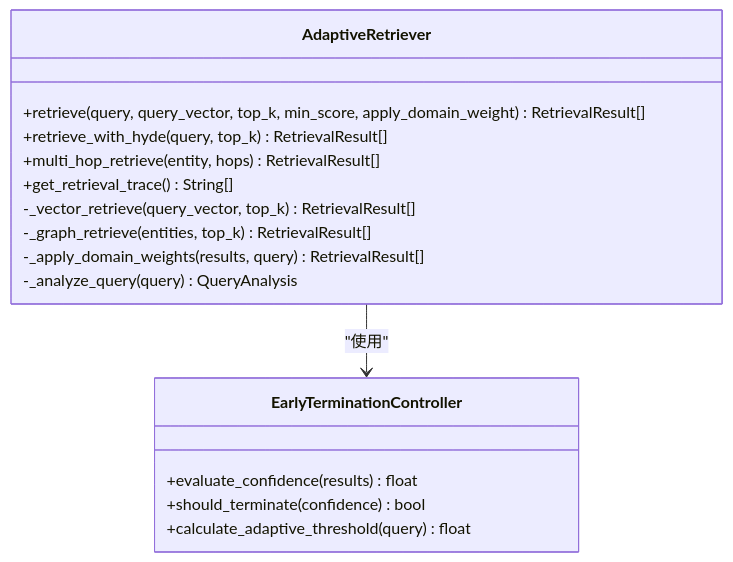
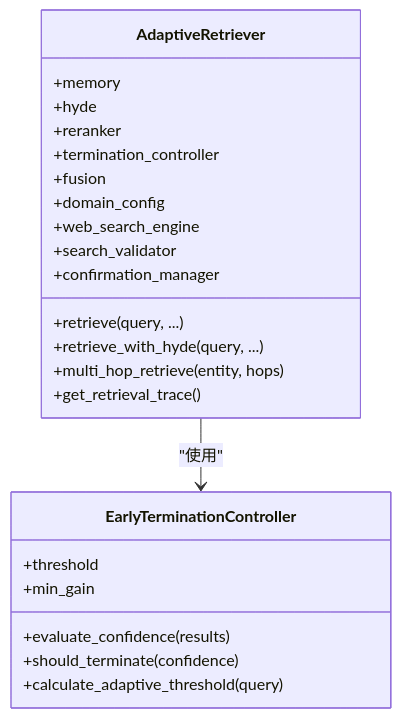
The third of 10 diagrams in .qoder/repowiki/zh/content/检索引擎模块/检索引擎模块.md (JieGaoPrinceton/NecoRAG), drawn with Mermaid before and after one commit. The commit also changed other lines of this file and 181 other files, not shown here.

````diff
--- a/.qoder/repowiki/zh/content/检索引擎模块/检索引擎模块.md
+++ b/.qoder/repowiki/zh/content/检索引擎模块/检索引擎模块.md
@@ -183,19 +159,26 @@
 ```mermaid
 classDiagram
 class AdaptiveRetriever {
-+retrieve(query, query_vector, top_k, min_score, apply_domain_weight) RetrievalResult[]
-+retrieve_with_hyde(query, top_k) RetrievalResult[]
-+multi_hop_retrieve(entity, hops) RetrievalResult[]
-+get_retrieval_trace() String[]
--_vector_retrieve(query_vector, top_k) RetrievalResult[]
--_graph_retrieve(entities, top_k) RetrievalResult[]
--_apply_domain_weights(results, query) RetrievalResult[]
--_analyze_query(query) QueryAnalysis
++memory
++hyde
++reranker
++termination_controller
++fusion
++domain_config
++web_search_engine
++search_validator
++confirmation_manager
++retrieve(query, ...)
++retrieve_with_hyde(query, ...)
++multi_hop_retrieve(entity, hops)
++get_retrieval_trace()
 }
 class EarlyTerminationController {
-+evaluate_confidence(results) float
-+should_terminate(confidence) bool
-+calculate_adaptive_threshold(query) float
++threshold
++min_gain
++evaluate_confidence(results)
++should_terminate(confidence)
++calculate_adaptive_threshold(query)
 }
 AdaptiveRetriever --> EarlyTerminationController : "使用"
 ```
````
